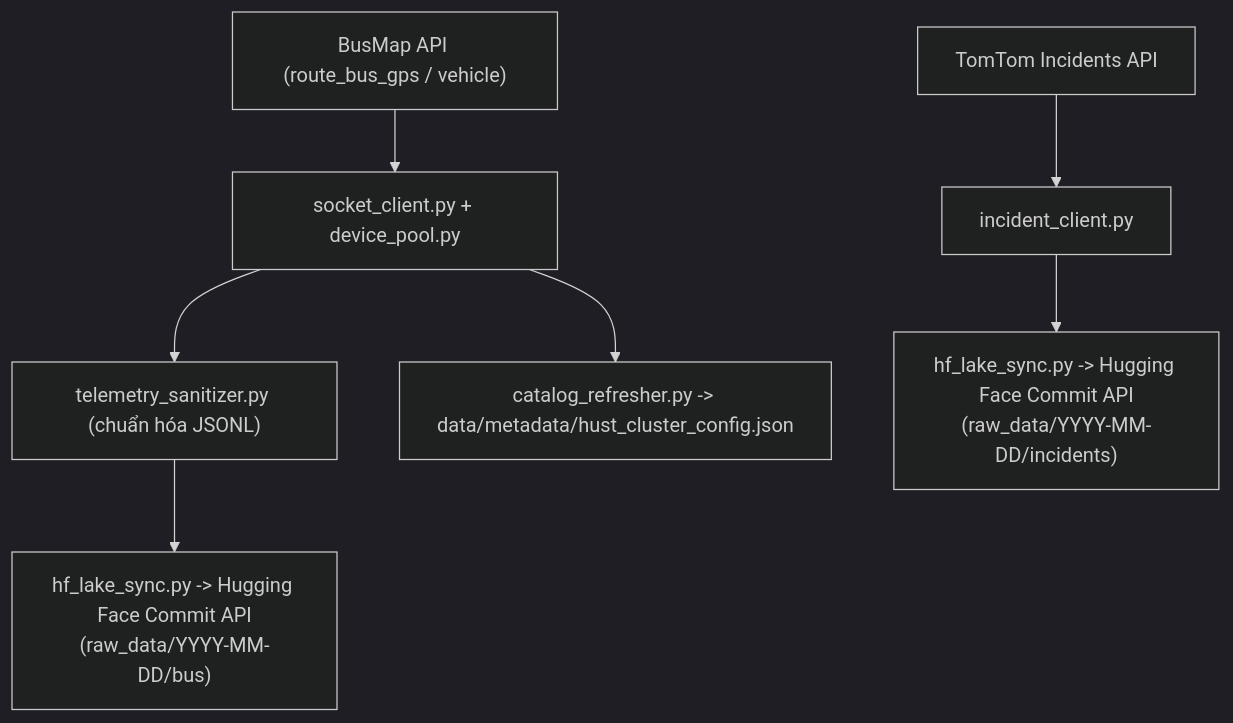
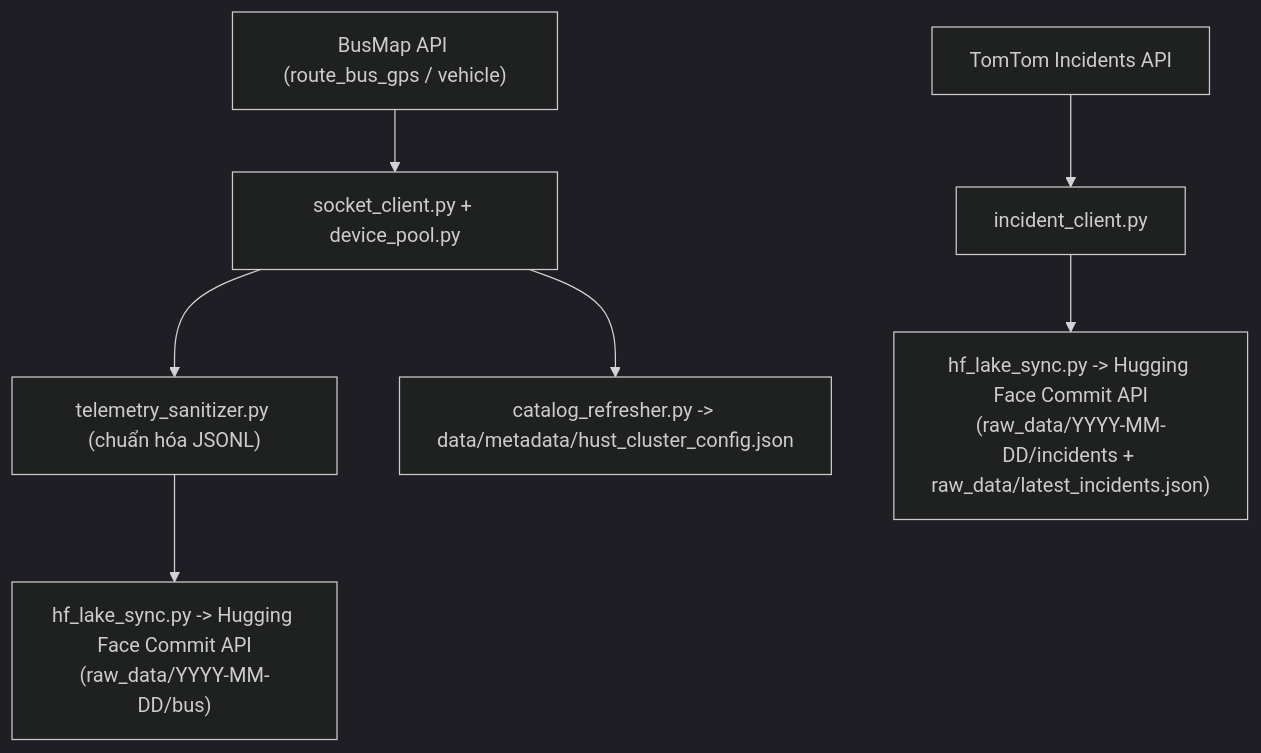
One commit to toibinguz/Bus_tracking changed the first of 2 diagrams in docs/CRAWLER.md. Above: the diagram before and after it, drawn with Mermaid (dark theme). The commit also changed other lines of this file and 12 other files, not shown here.

````diff
--- a/docs/CRAWLER.md
+++ b/docs/CRAWLER.md
@@ -9,9 +9,9 @@
 ```mermaid
 flowchart TD
     BM["BusMap API (route_bus_gps / vehicle)"] --> SOCK["socket_client.py + device_pool.py"]
     TT["TomTom Incidents API"] --> TOM["incident_client.py"]
     SOCK --> SAN["telemetry_sanitizer.py (chuẩn hóa JSONL)"]
     SOCK --> CAT["catalog_refresher.py -> data/metadata/hust_cluster_config.json"]
     SAN --> HF["hf_lake_sync.py -> Hugging Face Commit API\n(raw_data/YYYY-MM-DD/bus)"]
-    TOM --> HF2["hf_lake_sync.py -> Hugging Face Commit API\n(raw_data/YYYY-MM-DD/incidents)"]
+    TOM --> HF2["hf_lake_sync.py -> Hugging Face Commit API\n(raw_data/YYYY-MM-DD/incidents + raw_data/latest_incidents.json)"]
 ```
````
